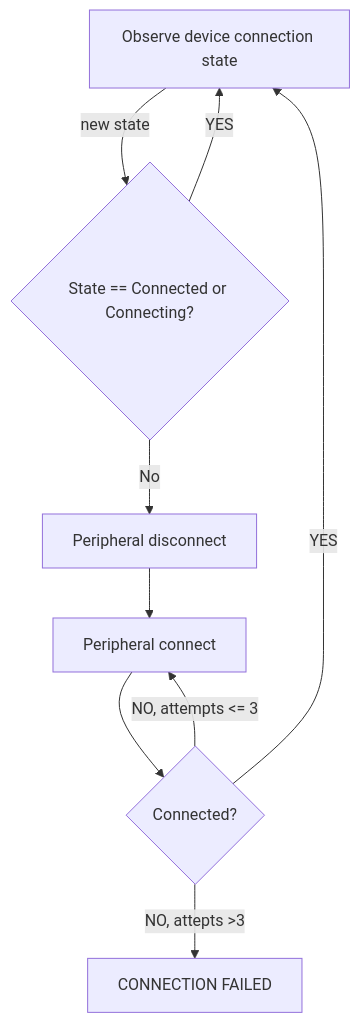
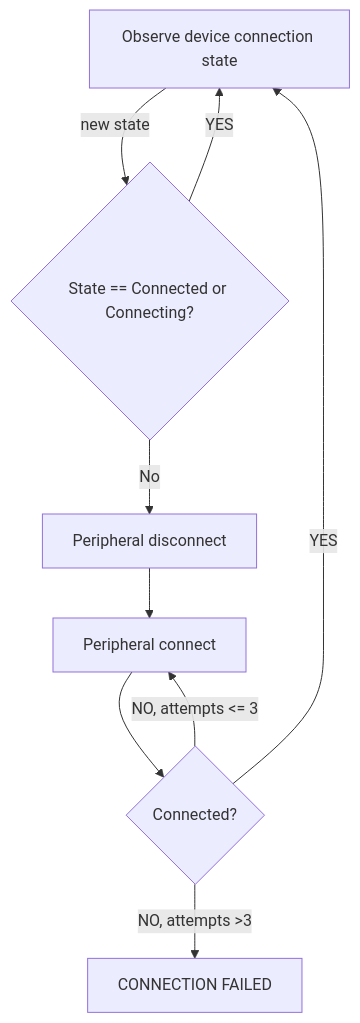
One commit to AnatoliiChub/HRAM changed the second of 2 diagrams in README.md. Above: the diagram before and after it, drawn with Mermaid. The commit also changed other lines of this file, not shown here.

````diff
--- a/README.md
+++ b/README.md
@@ -77,11 +77,11 @@
 ```mermaid
 flowchart TD
     A[Observe device connection state] --> |new state| B{State == Connected or Connecting?}
     B -->|YES| A
     B -->|No| D[Peripheral disconnect]
     D --> E[Peripheral connect]
     E --> F{Connected?}
     F -->  |YES| A
     F -->  |NO, attempts <= 3| E
-    F -->  |NO, attepts >3| G[CONNECTION FAILED]
+    F -->  |NO, attempts >3| G[CONNECTION FAILED]
 ```
````
